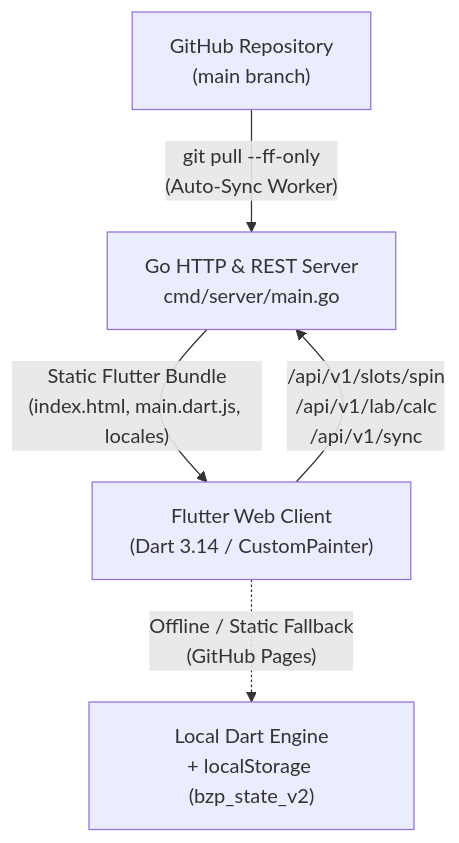
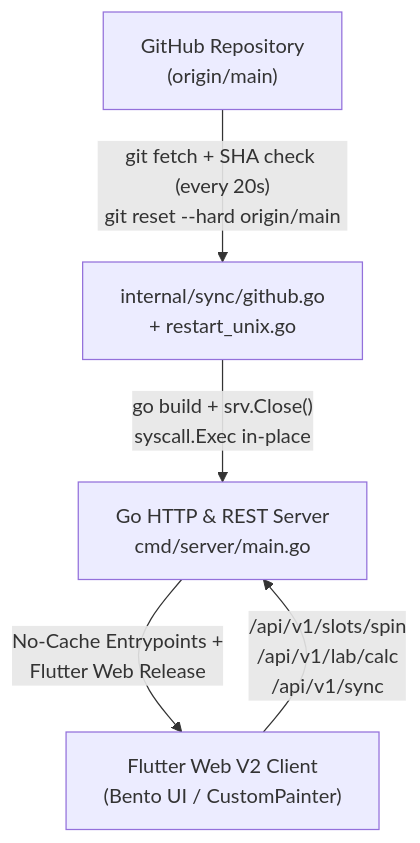
One commit to bozheman/bozheman changed the diagram in ARCHITECTURE.md. Above: the diagram before and after it, drawn with Mermaid. The commit also changed other lines of this file and 29 other files, not shown here.

Commit message:
feat(v2): ultra-clean Bento UI redesign + zero-touch GitHub auto-rebuild and self-restart

````diff
--- a/ARCHITECTURE.md
+++ b/ARCHITECTURE.md
@@ -28,7 +29,7 @@
 ```mermaid
 flowchart TD
-    GitHub["GitHub Repository\n(main branch)"] -->|"git pull --ff-only\n(Auto-Sync Worker)"| GoServer["Go HTTP & REST Server\ncmd/server/main.go"]
-    GoServer -->|"Static Flutter Bundle\n(index.html, main.dart.js, locales)"| Client["Flutter Web Client\n(Dart 3.14 / CustomPainter)"]
+    GitHub["GitHub Repository\n(origin/main)"] -->|"git fetch + SHA check (every 20s)\ngit reset --hard origin/main"| SyncWorker["internal/sync/github.go\n+ restart_unix.go"]
+    SyncWorker -->|"go build + srv.Close()\nsyscall.Exec in-place"| GoServer["Go HTTP & REST Server\ncmd/server/main.go"]
+    GoServer -->|"No-Cache Entrypoints +\nFlutter Web Release"| Client["Flutter Web V2 Client\n(Bento UI / CustomPainter)"]
     Client -->|"/api/v1/slots/spin\n/api/v1/lab/calc\n/api/v1/sync"| GoServer
-    Client -.->|"Offline / Static Fallback\n(GitHub Pages)"| DartEngine["Local Dart Engine\n+ localStorage (bzp_state_v2)"]
 ```
````
